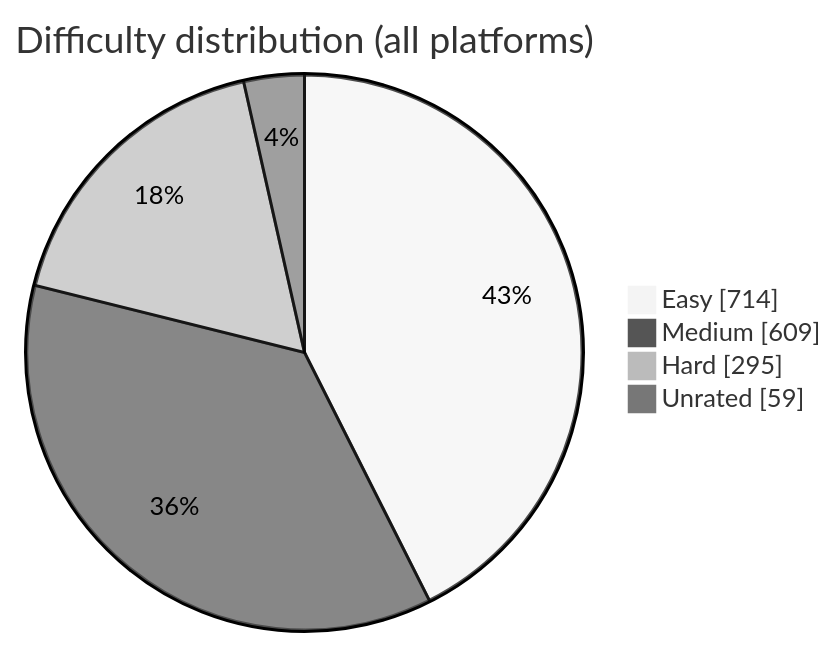
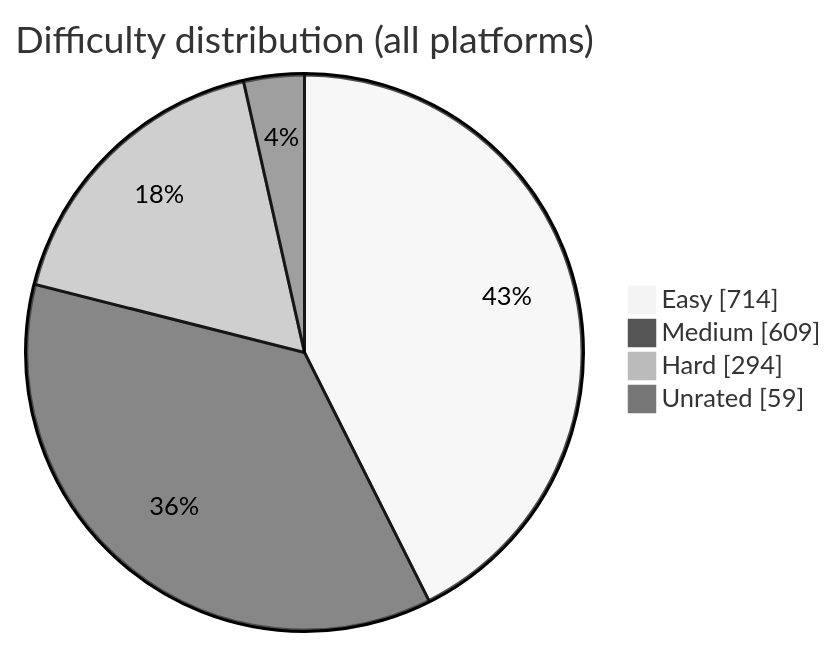
Before and after one commit to BuildbyArindam/Daily-Coding-Log: the diagram in README.md, drawn with Mermaid (neutral theme). The commit also changed other lines of this file, not shown here.

````diff
--- a/README.md
+++ b/README.md
@@ -93,7 +93,7 @@
 ```mermaid
 pie showData title Difficulty distribution (all platforms)
     "Easy" : 714
     "Medium" : 609
-    "Hard" : 295
+    "Hard" : 294
     "Unrated" : 59
 ```
````
